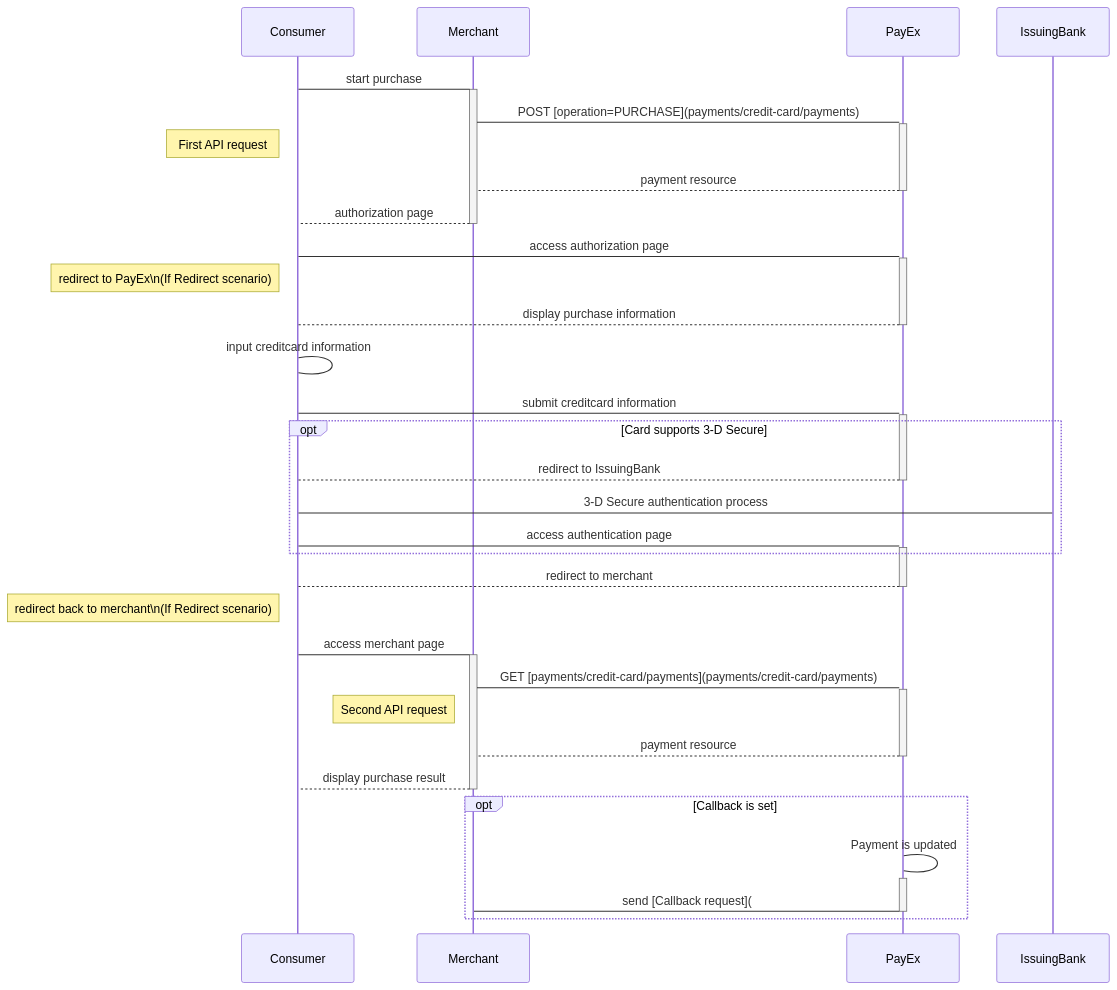
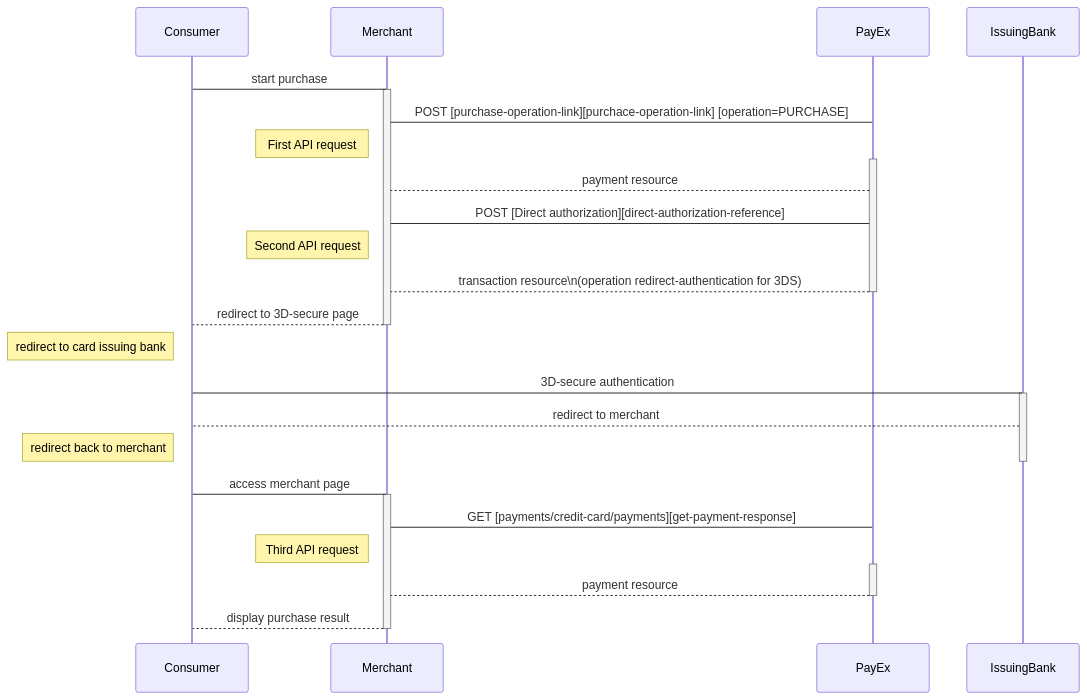
The second of 2 diagrams in payments/credit-card/seamless-view.md (SwedbankPay/developer.swedbankpay.com), drawn with Mermaid before and after one commit. The commit also changed other lines of this file and 2 other files, not shown here.

Commit message:
DX-170 Credit Card redirect docs

````diff
--- a/payments/credit-card/seamless-view.md
+++ b/payments/credit-card/seamless-view.md
@@ -94,44 +101,34 @@
 ```mermaid
 sequenceDiagram
-  Consumer->+Merchant: start purchase
-  Merchant->+PayEx: POST [operation=PURCHASE](payments/credit-card/payments)
-  note left of Consumer: First API request
+  Consumer->Merchant: start purchase
+  activate Merchant
+  Merchant->PayEx: POST [purchase-operation-link][purchace-operation-link] [operation=PURCHASE]
+  note left of Merchant: First API request
+  activate PayEx
   PayEx-->Merchant: payment resource
+
+  Merchant -> PayEx: POST [Direct authorization][direct-authorization-reference]
+  note left of Merchant: Second API request
+  PayEx --> Merchant: transaction resource\n(operation redirect-authentication for 3DS)
+
   deactivate PayEx
-  Merchant-->Consumer: authorization page
+  Merchant-->Consumer: redirect to 3D-secure page
   deactivate Merchant
-
-  Consumer->+PayEx: access authorization page
-  note left of Consumer: redirect to PayEx\n(If Redirect scenario)
-  PayEx-->Consumer: display purchase information
-  deactivate PayEx
-
-  Consumer->Consumer: input creditcard information
-  Consumer->+PayEx: submit creditcard information
   
-  opt Card supports 3-D Secure
-    PayEx-->Consumer: redirect to IssuingBank
-    deactivate PayEx
-    Consumer->IssuingBank: 3-D Secure authentication process
-    Consumer->+PayEx: access authentication page
-  end
+  note left of Consumer: redirect to card issuing bank
+  Consumer -> IssuingBank: 3D-secure authentication
+  activate IssuingBank
+  IssuingBank-->Consumer: redirect to merchant
+  note left of Consumer: redirect back to merchant
+  deactivate IssuingBank
   
-  PayEx-->Consumer: redirect to merchant 
-  deactivate PayEx
-  note left of Consumer: redirect back to merchant\n(If Redirect scenario)
-  
-  Consumer->+Merchant: access merchant page
-  Merchant->+PayEx: GET [payments/credit-card/payments](payments/credit-card/payments)
-  note left of Merchant: Second API request
+  Consumer->Merchant: access merchant page
+  activate Merchant
+  Merchant->PayEx: GET [payments/credit-card/payments][get-payment-response]
+  note left of Merchant: Third API request
+  activate PayEx
   PayEx-->Merchant: payment resource
   deactivate PayEx
   Merchant-->Consumer: display purchase result
   deactivate Merchant
-
-  opt Callback is set
-    PayEx->PayEx: Payment is updated
-    activate PayEx
-    PayEx->Merchant: send [Callback request](#)
-    deactivate PayEx
-  end
 ```
````
